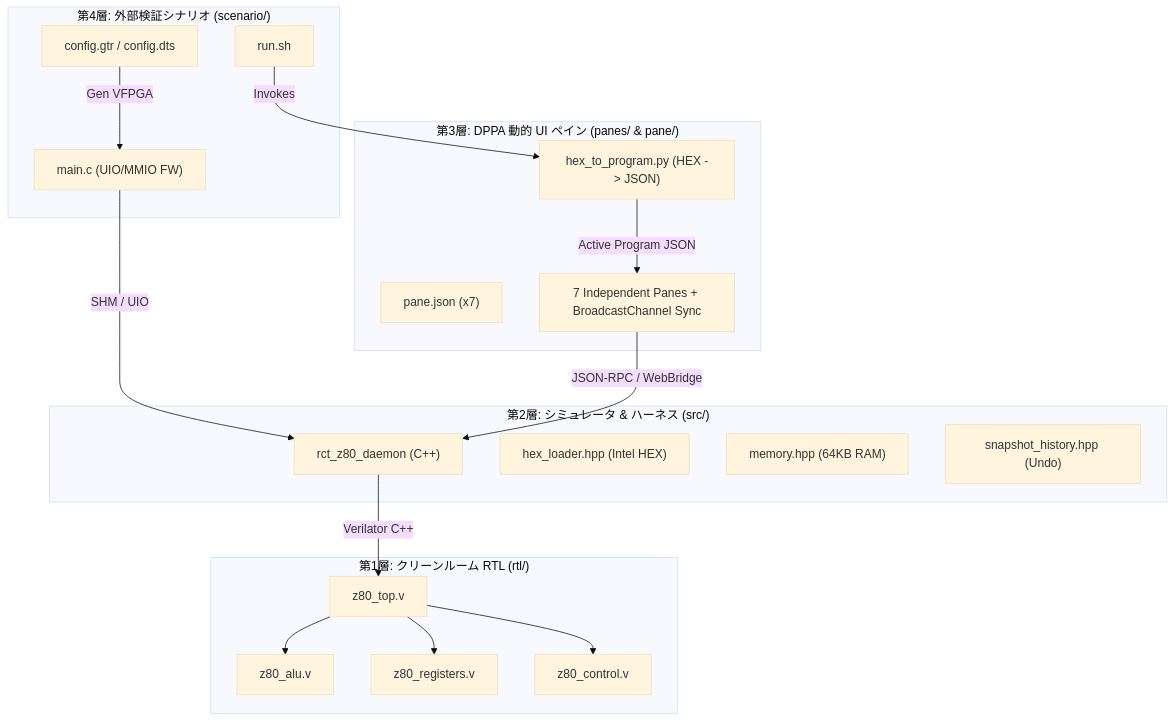
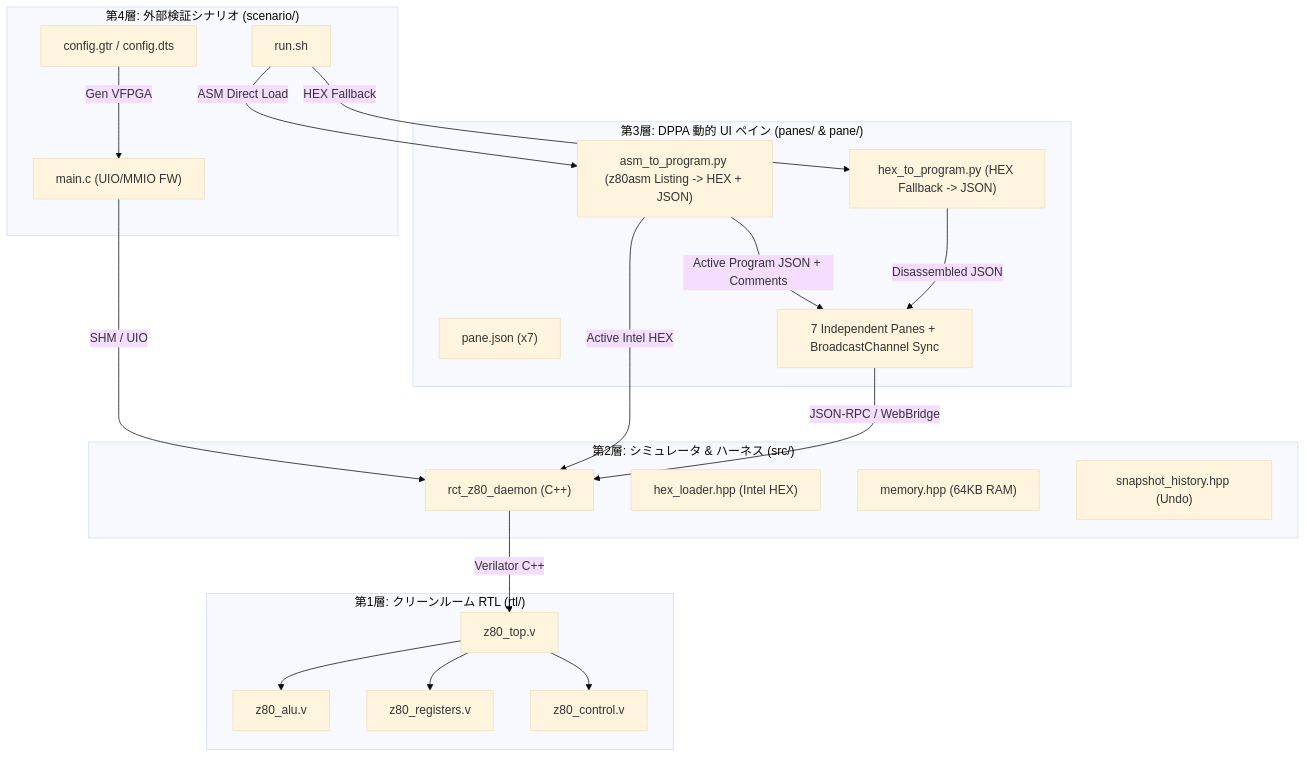
Before and after one commit to sirosiro/RetroCoreTracer-FBB: the diagram in README.md, drawn with Mermaid (base theme). The commit also changed other lines of this file and 8 other files, not shown here.

First line of the commit message:
feat(asm): add direct Z80 assembly loading with JIT setup and cleaner code view

````diff
--- a/README.md
+++ b/README.md
@@ -62,38 +67,42 @@
 ```mermaid
 graph TD
     subgraph Layer4 ["第4層: 外部検証シナリオ (scenario/)"]
         DTS["config.gtr / config.dts"]
         FW["main.c (UIO/MMIO FW)"]
         RUN["run.sh"]
     end
 
     subgraph Layer3 ["第3層: DPPA 動的 UI ペイン (panes/ & pane/)"]
         PANE_JSON["pane.json (x7)"]
         UI_ESM["7 Independent Panes + BroadcastChannel Sync"]
-        DISASM["hex_to_program.py (HEX -> JSON)"]
+        ASM["asm_to_program.py (z80asm Listing -> HEX + JSON)"]
+        DISASM["hex_to_program.py (HEX Fallback -> JSON)"]
     end
 
     subgraph Layer2 ["第2層: シミュレータ & ハーネス (src/)"]
         DAEMON["rct_z80_daemon (C++)"]
         HEX["hex_loader.hpp (Intel HEX)"]
         MEM["memory.hpp (64KB RAM)"]
         SNAP["snapshot_history.hpp (Undo)"]
     end
 
     subgraph Layer1 ["第1層: クリーンルーム RTL (rtl/)"]
         TOP["z80_top.v"]
         ALU["z80_alu.v"]
         REGS["z80_registers.v"]
         CTRL["z80_control.v"]
     end
 
     DTS -->|Gen VFPGA| FW
     FW -->|SHM / UIO| DAEMON
-    RUN -->|Invokes| DISASM
-    DISASM -->|Active Program JSON| UI_ESM
+    RUN -->|ASM Direct Load| ASM
+    RUN -->|HEX Fallback| DISASM
+    ASM -->|Active Program JSON + Comments| UI_ESM
+    ASM -->|Active Intel HEX| DAEMON
+    DISASM -->|Disassembled JSON| UI_ESM
     UI_ESM -->|JSON-RPC / WebBridge| DAEMON
     DAEMON -->|Verilator C++| TOP
     TOP --> ALU
     TOP --> REGS
     TOP --> CTRL
 ```
````
